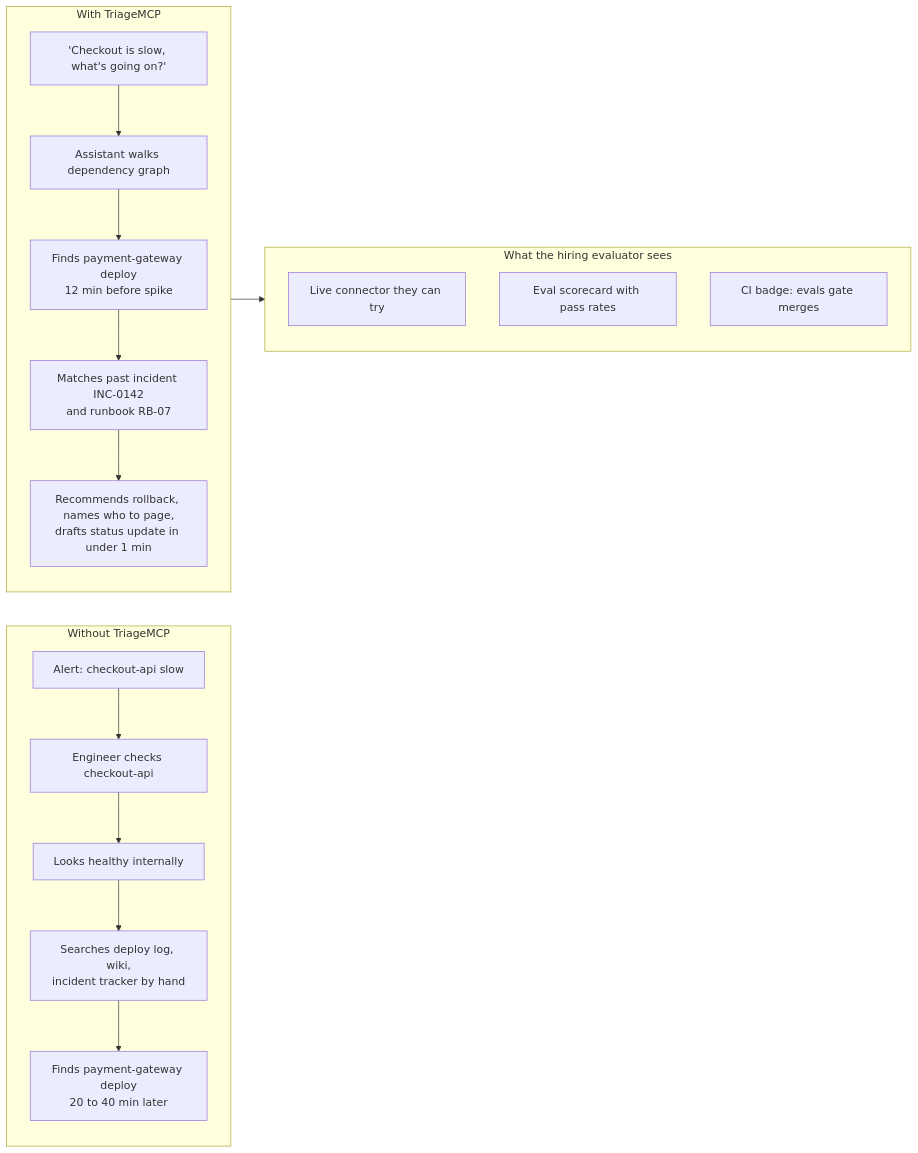
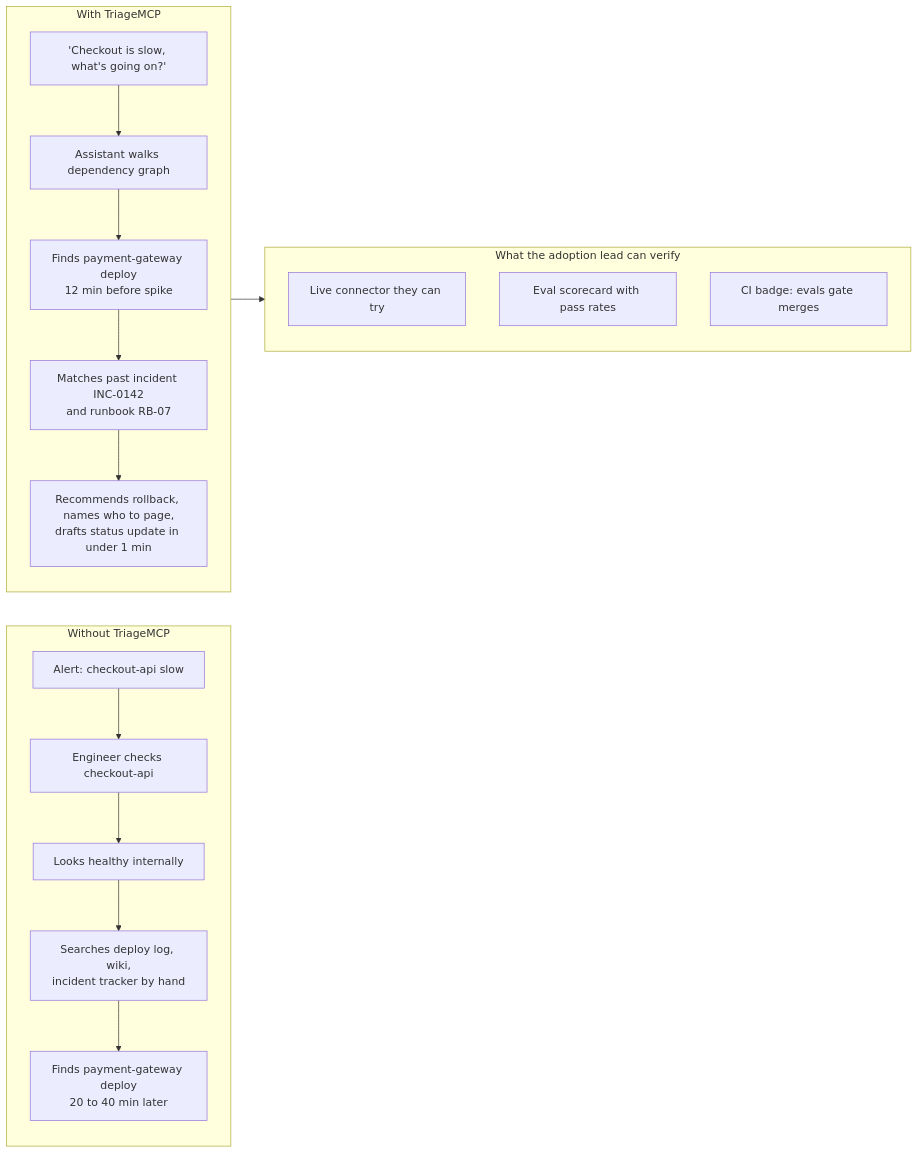
The first of 2 diagrams in docs/specs/triage-mcp-prd.md (bee-squared/triage-mcp), drawn with Mermaid before and after one commit. The commit also changed other lines of this file and 2 other files, not shown here.

First line of the commit message:
docs: reframe PRD and diagrams as a reference implementation

````diff
--- a/docs/specs/triage-mcp-prd.md
+++ b/docs/specs/triage-mcp-prd.md
@@ -41,21 +41,21 @@
 ```mermaid
 flowchart LR
     subgraph Today["Without TriageMCP"]
         A1["Alert: checkout-api slow"] --> A2["Engineer checks checkout-api"]
         A2 --> A3["Looks healthy internally"]
         A3 --> A4["Searches deploy log, wiki,<br/>incident tracker by hand"]
         A4 --> A5["Finds payment-gateway deploy<br/>20 to 40 min later"]
     end
     subgraph WithMCP["With TriageMCP"]
         B1["'Checkout is slow, what's going on?'"] --> B2["Assistant walks dependency graph"]
         B2 --> B3["Finds payment-gateway deploy<br/>12 min before spike"]
         B3 --> B4["Matches past incident INC-0142<br/>and runbook RB-07"]
         B4 --> B5["Recommends rollback, names who to page,<br/>drafts status update in under 1 min"]
     end
-    subgraph Proof["What the hiring evaluator sees"]
+    subgraph Proof["What the adoption lead can verify"]
         C1["Live connector they can try"]
         C2["Eval scorecard with pass rates"]
         C3["CI badge: evals gate merges"]
     end
     WithMCP --> Proof
 ```
````
